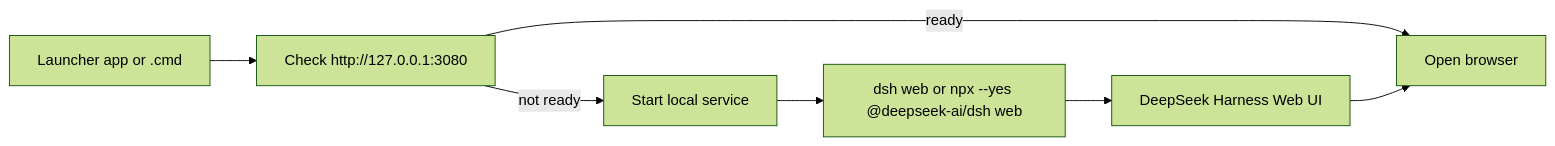
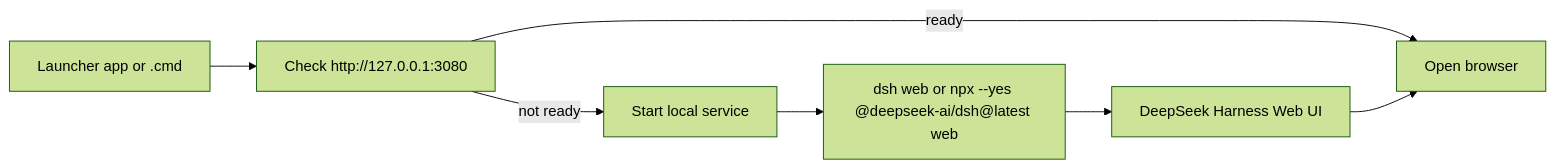
Before and after one commit to itsabk/dsh-web-launcher: the diagram in README.md, drawn with Mermaid (forest theme). The commit also changed other lines of this file and 6 other files, not shown here.

Commit message:
Support authenticated DSH web launches

````diff
--- a/README.md
+++ b/README.md
@@ -161,9 +164,9 @@
 ```mermaid
 flowchart LR
   A["Launcher app or .cmd"] --> B["Check http://127.0.0.1:3080"]
   B -->|ready| C["Open browser"]
   B -->|not ready| D["Start local service"]
-  D --> E["dsh web or npx --yes @deepseek-ai/dsh web"]
+  D --> E["dsh web or npx --yes @deepseek-ai/dsh@latest web"]
   E --> F["DeepSeek Harness Web UI"]
   F --> C
 ```
````
